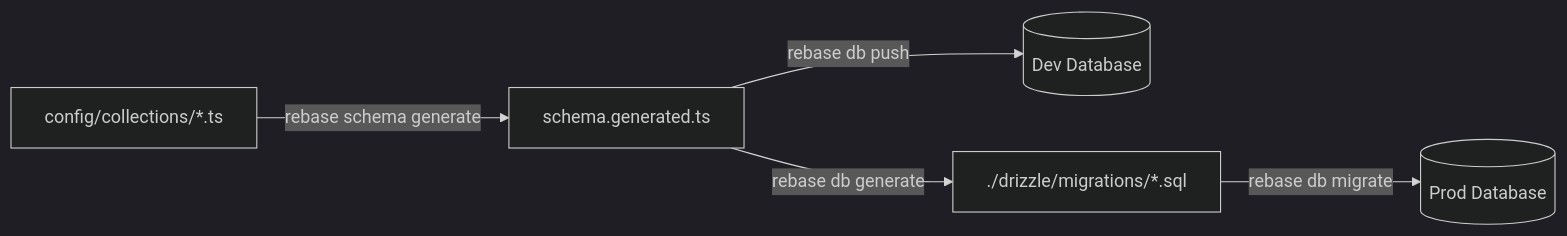
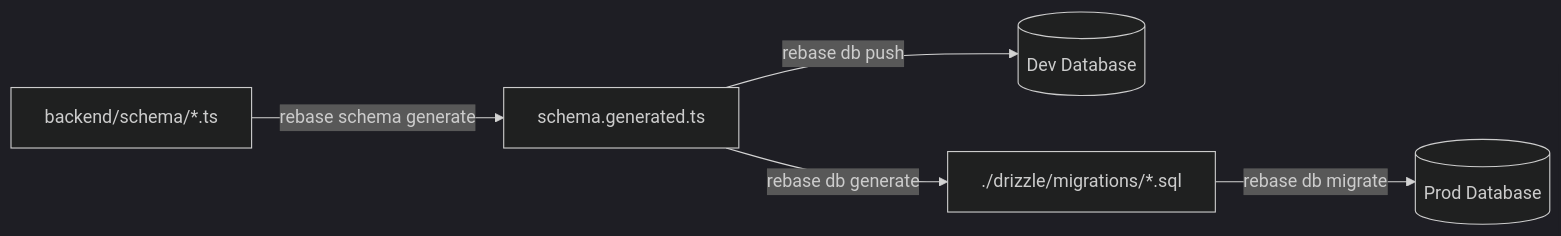
Before and after one commit to rebasepro/rebase: the diagram in .agent/workflows/schema-migration.md, drawn with Mermaid (dark theme). The commit also changed other lines of this file and 5 other files, not shown here.

````diff
--- a/.agent/workflows/schema-migration.md
+++ b/.agent/workflows/schema-migration.md
@@ -23,7 +42,7 @@
 ```mermaid
 graph LR
-    A[config/collections/*.ts] -->|rebase schema generate| B[schema.generated.ts]
+    A[backend/schema/*.ts] -->|rebase schema generate| B[schema.generated.ts]
     B -->|rebase db push| C[(Dev Database)]
     B -->|rebase db generate| D[./drizzle/migrations/*.sql]
     D -->|rebase db migrate| E[(Prod Database)]
 ```
````
